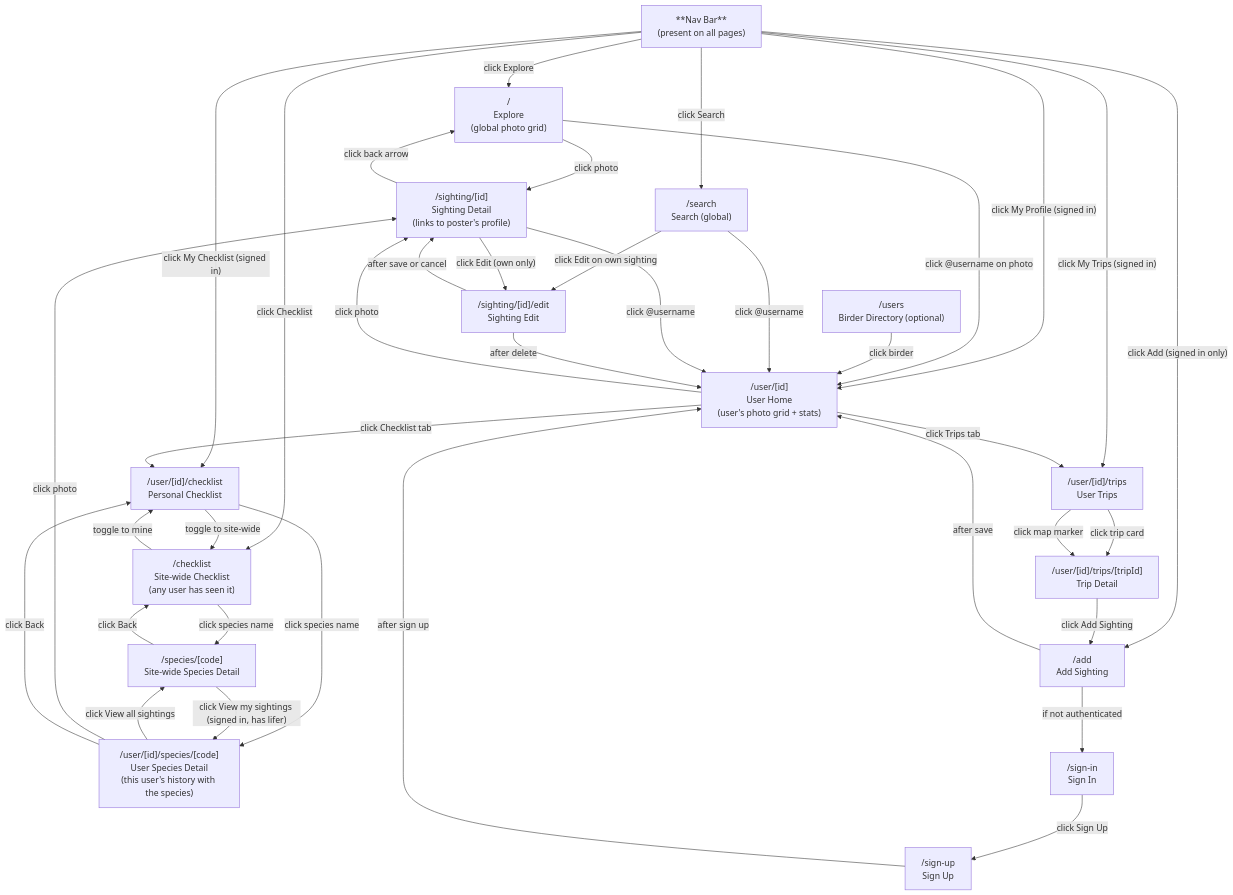
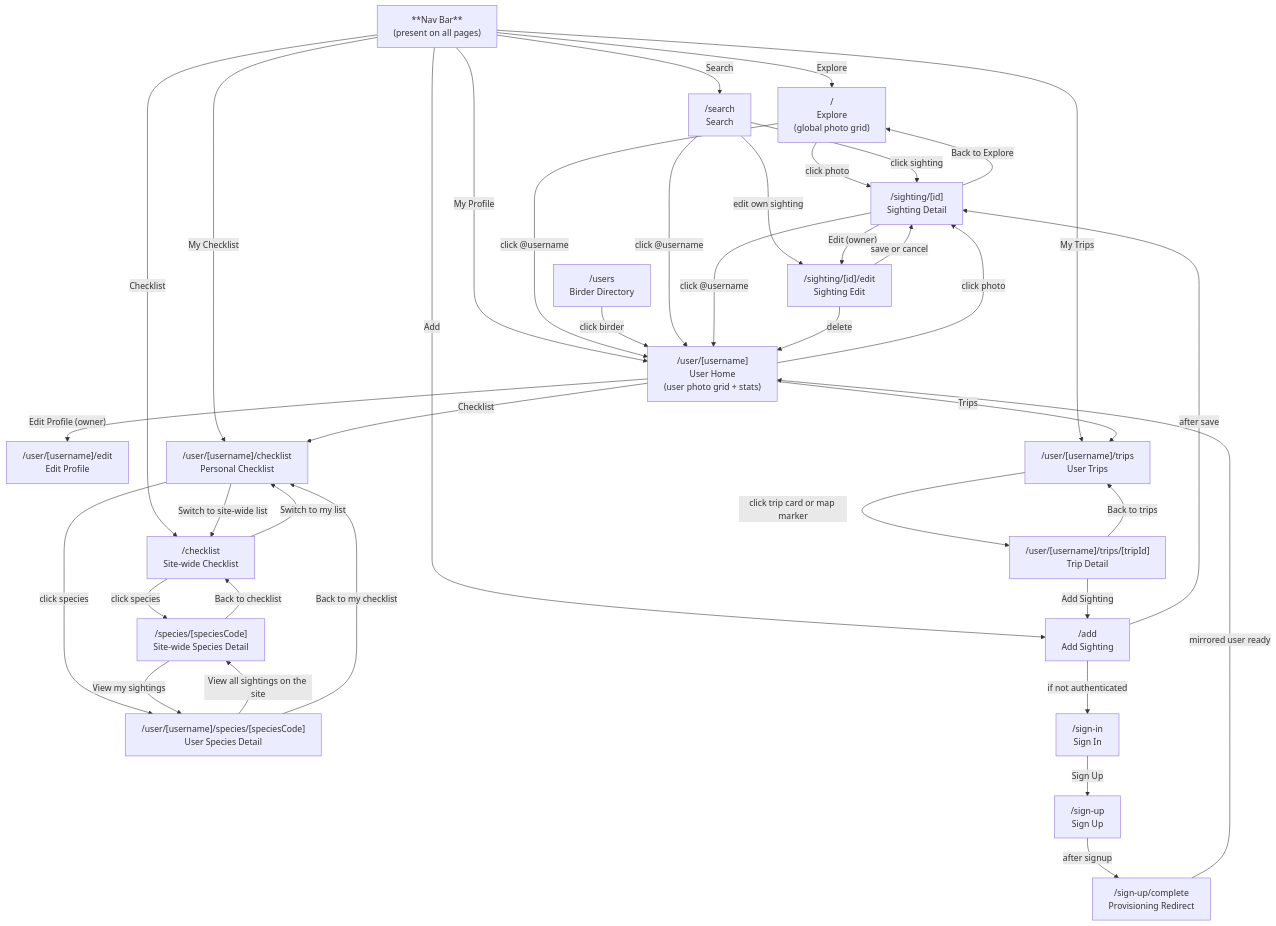
Before and after one commit to kkrausse/random: the diagram in docs/site-layout.md, drawn with Mermaid. The commit also changed other lines of this file and 8 other files, not shown here.

Commit message:
Complete multi-user route cleanup

````diff
--- a/docs/site-layout.md
+++ b/docs/site-layout.md
@@ -102,66 +33,68 @@
 ```mermaid
 flowchart TD
     Nav["**Nav Bar**\n(present on all pages)"]
 
     Explore["/\nExplore\n(global photo grid)"]
-    User["/user/[id]\nUser Home\n(user's photo grid + stats)"]
-    UserTrips["/user/[id]/trips\nUser Trips"]
-    UserTripDetail["/user/[id]/trips/[tripId]\nTrip Detail"]
-    UserChecklist["/user/[id]/checklist\nPersonal Checklist"]
-    UserSpeciesDetail["/user/[id]/species/[code]\nUser Species Detail\n(this user's history with the species)"]
-    SiteChecklist["/checklist\nSite-wide Checklist\n(any user has seen it)"]
-    Users["/users\nBirder Directory (optional)"]
-    SpeciesDetail["/species/[code]\nSite-wide Species Detail"]
-    Search["/search\nSearch (global)"]
-    SightingDetail["/sighting/[id]\nSighting Detail\n(links to poster's profile)"]
+    User["/user/[username]\nUser Home\n(user photo grid + stats)"]
+    UserEdit["/user/[username]/edit\nEdit Profile"]
+    UserTrips["/user/[username]/trips\nUser Trips"]
+    UserTripDetail["/user/[username]/trips/[tripId]\nTrip Detail"]
+    UserChecklist["/user/[username]/checklist\nPersonal Checklist"]
+    UserSpeciesDetail["/user/[username]/species/[speciesCode]\nUser Species Detail"]
+    SiteChecklist["/checklist\nSite-wide Checklist"]
+    Users["/users\nBirder Directory"]
+    SpeciesDetail["/species/[speciesCode]\nSite-wide Species Detail"]
+    Search["/search\nSearch"]
+    SightingDetail["/sighting/[id]\nSighting Detail"]
     SightingEdit["/sighting/[id]/edit\nSighting Edit"]
     AddSighting["/add\nAdd Sighting"]
     SignIn["/sign-in\nSign In"]
     SignUp["/sign-up\nSign Up"]
+    SignUpComplete["/sign-up/complete\nProvisioning Redirect"]
 
-    Nav -->|"click Explore"| Explore
-    Nav -->|"click My Profile (signed in)"| User
-    Nav -->|"click My Trips (signed in)"| UserTrips
-    Nav -->|"click My Checklist (signed in)"| UserChecklist
-    Nav -->|"click Checklist"| SiteChecklist
-    Nav -->|"click Search"| Search
-    Nav -->|"click Add (signed in only)"| AddSighting
+    Nav -->|"Explore"| Explore
+    Nav -->|"My Profile"| User
+    Nav -->|"My Trips"| UserTrips
+    Nav -->|"My Checklist"| UserChecklist
+    Nav -->|"Checklist"| SiteChecklist
+    Nav -->|"Search"| Search
+    Nav -->|"Add"| AddSighting
 
     Explore -->|"click photo"| SightingDetail
-    Explore -->|"click @username on photo"| User
+    Explore -->|"click @username"| User
 
+    User -->|"Edit Profile (owner)"| UserEdit
     User -->|"click photo"| SightingDetail
-    User -->|"click Trips tab"| UserTrips
-    User -->|"click Checklist tab"| UserChecklist
+    User -->|"Trips"| UserTrips
+    User -->|"Checklist"| UserChecklist
 
-    UserTrips -->|"click trip card"| UserTripDetail
-    UserTrips -->|"click map marker"| UserTripDetail
-    UserTripDetail -->|"click Add Sighting"| AddSighting
+    UserTrips -->|"click trip card or map marker"| UserTripDetail
+    UserTripDetail -->|"Back to trips"| UserTrips
+    UserTripDetail -->|"Add Sighting"| AddSighting
 
-    UserChecklist -->|"toggle to site-wide"| SiteChecklist
-    UserChecklist -->|"click species name"| UserSpeciesDetail
-    SiteChecklist -->|"toggle to mine"| UserChecklist
-    SiteChecklist -->|"click species name"| SpeciesDetail
-    UserSpeciesDetail -->|"click View all sightings"| SpeciesDetail
-    UserSpeciesDetail -->|"click photo"| SightingDetail
-    UserSpeciesDetail -->|"click Back"| UserChecklist
-    SpeciesDetail -->|"click View my sightings (signed in, has lifer)"| UserSpeciesDetail
-    SpeciesDetail -->|"click Back"| SiteChecklist
+    UserChecklist -->|"Switch to site-wide list"| SiteChecklist
+    UserChecklist -->|"click species"| UserSpeciesDetail
+    SiteChecklist -->|"Switch to my list"| UserChecklist
+    SiteChecklist -->|"click species"| SpeciesDetail
+    UserSpeciesDetail -->|"View all sightings on the site"| SpeciesDetail
+    UserSpeciesDetail -->|"Back to my checklist"| UserChecklist
+    SpeciesDetail -->|"View my sightings"| UserSpeciesDetail
+    SpeciesDetail -->|"Back to checklist"| SiteChecklist
 
     Users -->|"click birder"| User
-
-    Search -->|"click Edit on own sighting"| SightingEdit
+    Search -->|"click sighting"| SightingDetail
+    Search -->|"edit own sighting"| SightingEdit
     Search -->|"click @username"| User
 
+    SightingDetail -->|"Back to Explore"| Explore
     SightingDetail -->|"click @username"| User
-    SightingDetail -->|"click back arrow"| Explore
-    SightingDetail -->|"click Edit (own only)"| SightingEdit
-    SightingEdit -->|"after save or cancel"| SightingDetail
-    SightingEdit -->|"after delete"| User
+    SightingDetail -->|"Edit (owner)"| SightingEdit
+    SightingEdit -->|"save or cancel"| SightingDetail
+    SightingEdit -->|"delete"| User
 
     AddSighting -->|"if not authenticated"| SignIn
-    AddSighting -->|"after save"| User
-
-    SignIn -->|"click Sign Up"| SignUp
-    SignUp -->|"after sign up"| User
+    AddSighting -->|"after save"| SightingDetail
+    SignIn -->|"Sign Up"| SignUp
+    SignUp -->|"after signup"| SignUpComplete
+    SignUpComplete -->|"mirrored user ready"| User
 ```
````
